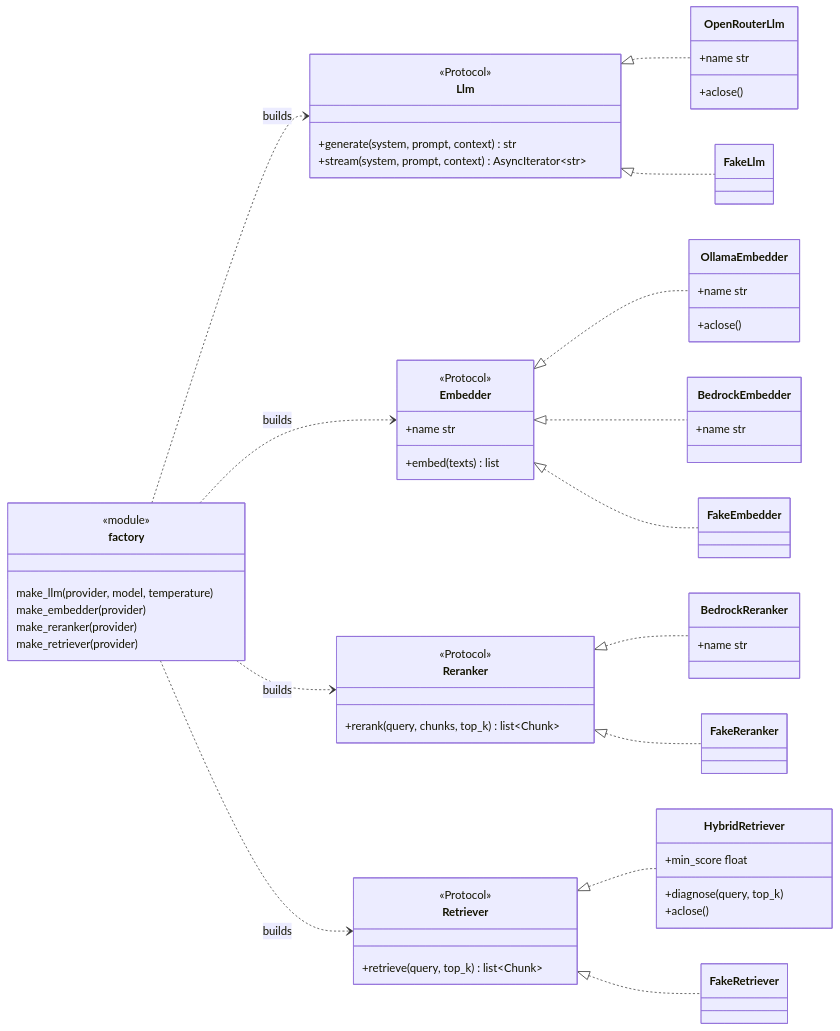
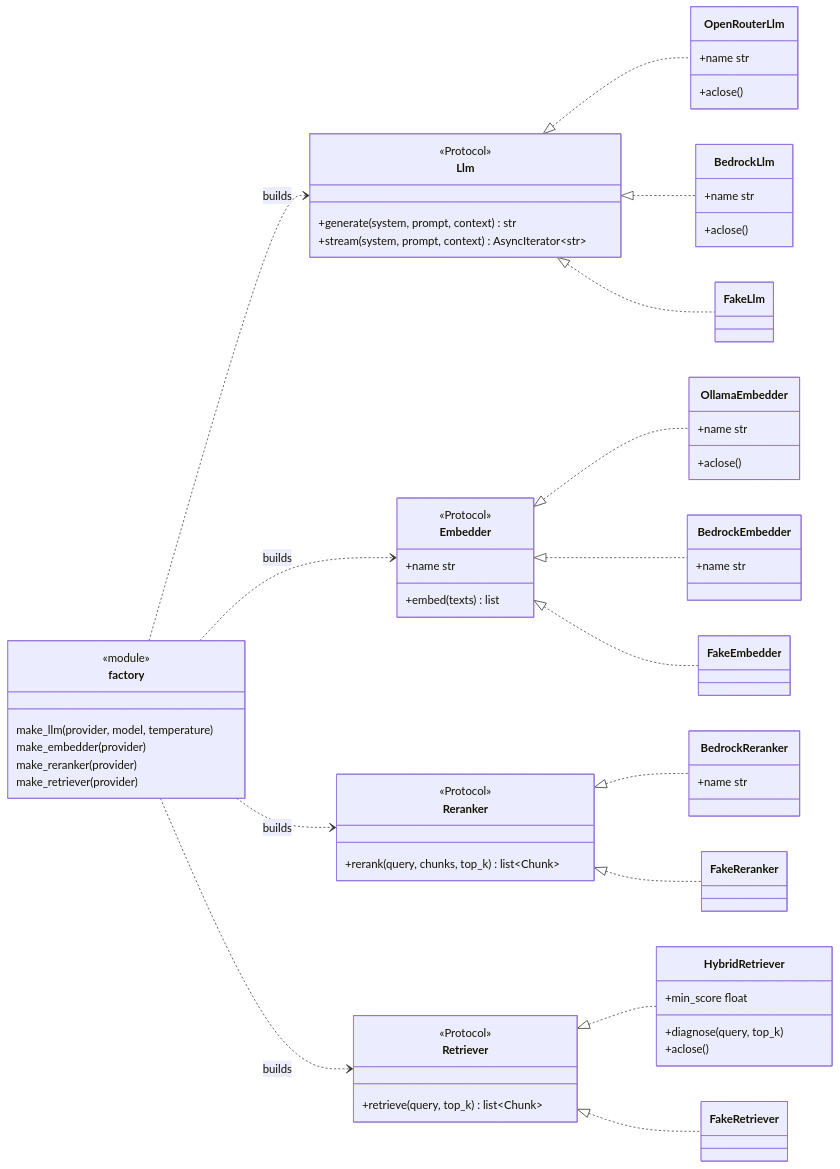
The first of 5 diagrams in docs/architecture.md (monitus2022/owl-online), drawn with Mermaid before and after one commit. The commit also changed other lines of this file and 34 other files, not shown here.

First line of the commit message:
feat(agent): add Bedrock chat graph and SSE foundation (#80)

````diff
--- a/docs/architecture.md
+++ b/docs/architecture.md
@@ -37,69 +49,74 @@
 ```mermaid
 classDiagram
   direction LR
 
   class Llm {
     <<Protocol>>
     +generate(system, prompt, context) str
     +stream(system, prompt, context) AsyncIterator~str~
   }
   class Embedder {
     <<Protocol>>
     +name str
     +embed(texts) list
   }
   class Reranker {
     <<Protocol>>
     +rerank(query, chunks, top_k) list~Chunk~
   }
   class Retriever {
     <<Protocol>>
     +retrieve(query, top_k) list~Chunk~
   }
 
   class OpenRouterLlm {
     +name str
     +aclose()
   }
+  class BedrockLlm {
+    +name str
+    +aclose()
+  }
   class OllamaEmbedder {
     +name str
     +aclose()
   }
   class BedrockEmbedder {
     +name str
   }
   class HybridRetriever {
     +min_score float
     +diagnose(query, top_k)
     +aclose()
   }
   class BedrockReranker {
     +name str
   }
   class FakeLlm
   class FakeEmbedder
   class FakeReranker
   class FakeRetriever
 
   Llm <|.. OpenRouterLlm
+  Llm <|.. BedrockLlm
   Llm <|.. FakeLlm
   Embedder <|.. OllamaEmbedder
   Embedder <|.. BedrockEmbedder
   Embedder <|.. FakeEmbedder
   Reranker <|.. BedrockReranker
   Reranker <|.. FakeReranker
   Retriever <|.. HybridRetriever
   Retriever <|.. FakeRetriever
 
   class factory {
     <<module>>
     make_llm(provider, model, temperature)
     make_embedder(provider)
     make_reranker(provider)
     make_retriever(provider)
   }
   factory ..> Llm : builds
   factory ..> Embedder : builds
   factory ..> Reranker : builds
   factory ..> Retriever : builds
 ```
````
